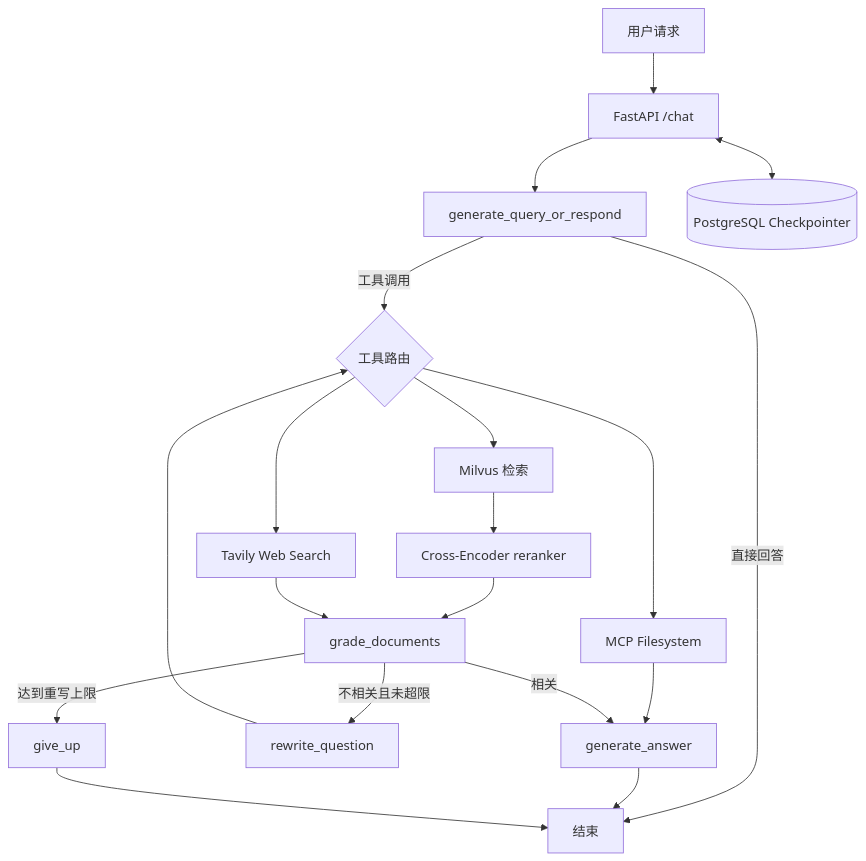
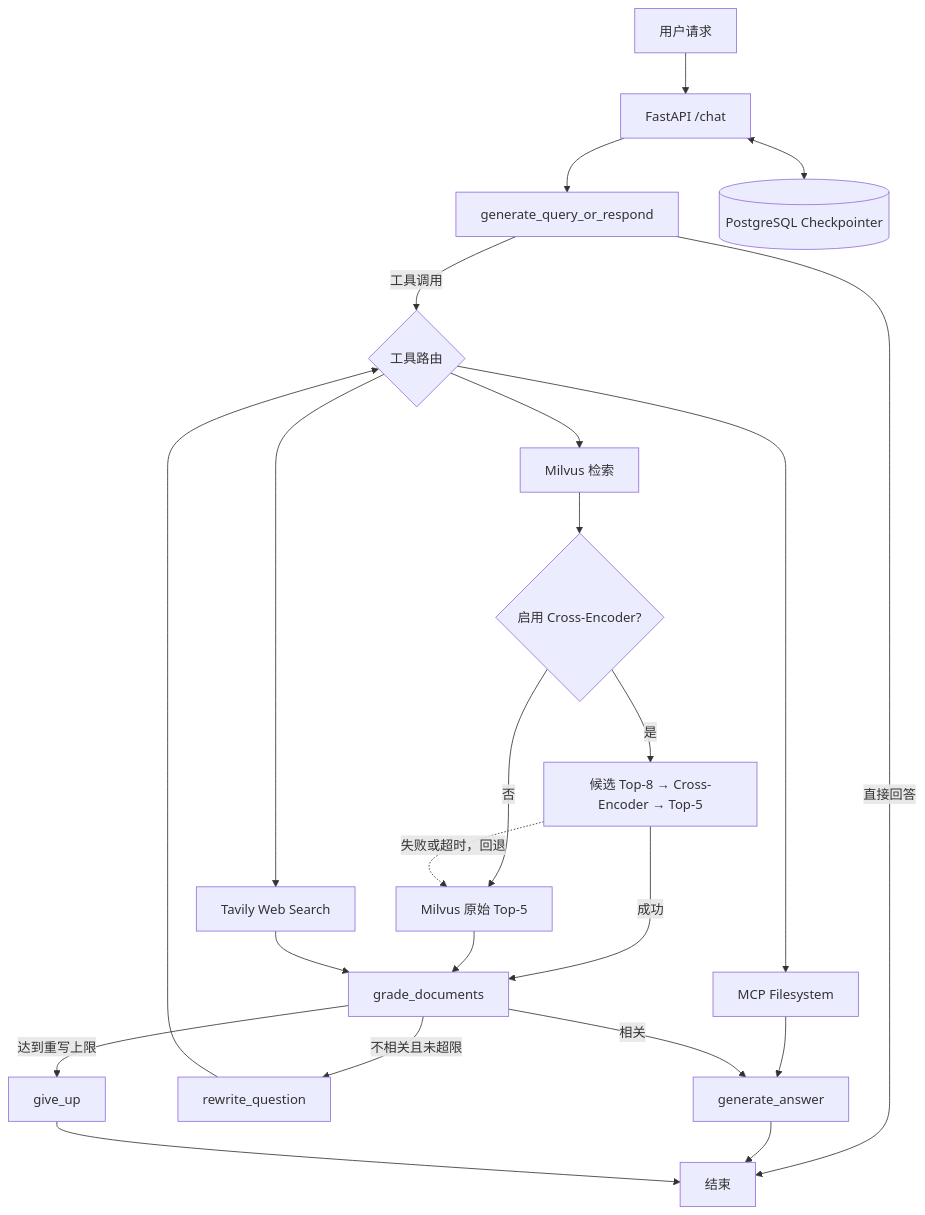
One commit to PandaZhang1108/agentic-rag changed the diagram in README.md. Above: the diagram before and after it, drawn with Mermaid.

Commit message:
Clarify optional reranker path in architecture diagram

````diff
--- a/README.md
+++ b/README.md
@@ -19,21 +19,25 @@
 ```mermaid
 flowchart TD
     U[用户请求] --> API[FastAPI /chat]
     API --> G[generate_query_or_respond]
     G -->|直接回答| E[结束]
     G -->|工具调用| T{工具路由}
     T --> M[Milvus 检索]
     T --> W[Tavily Web Search]
     T --> F[MCP Filesystem]
-    M --> RR[Cross-Encoder reranker]
-    RR --> R[grade_documents]
+    M --> C{启用 Cross-Encoder?}
+    C -->|否| O[Milvus 原始 Top-5]
+    C -->|是| RR[候选 Top-8 → Cross-Encoder → Top-5]
+    RR -->|成功| R[grade_documents]
+    RR -.->|失败或超时，回退| O
+    O --> R
     W --> R
     F --> A[generate_answer]
     R -->|相关| A
     R -->|不相关且未超限| Q[rewrite_question]
     Q --> T
     R -->|达到重写上限| X[give_up]
     A --> E
     X --> E
     API <--> P[(PostgreSQL Checkpointer)]
 ```
````
